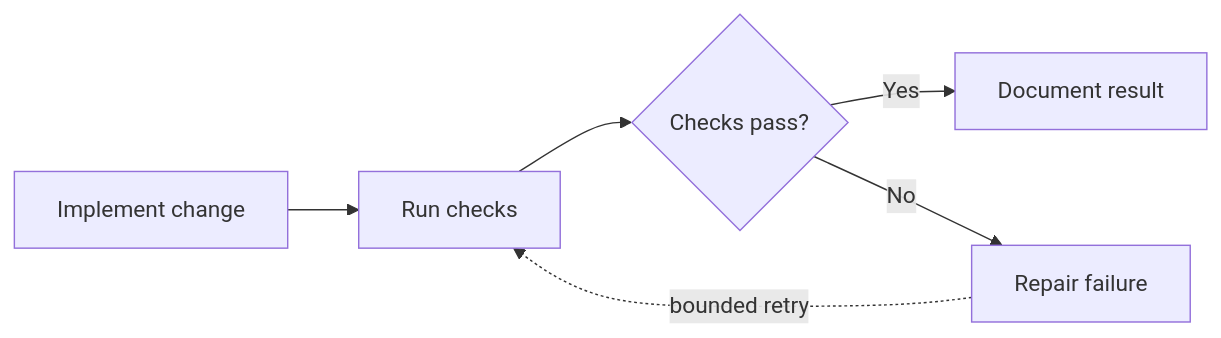
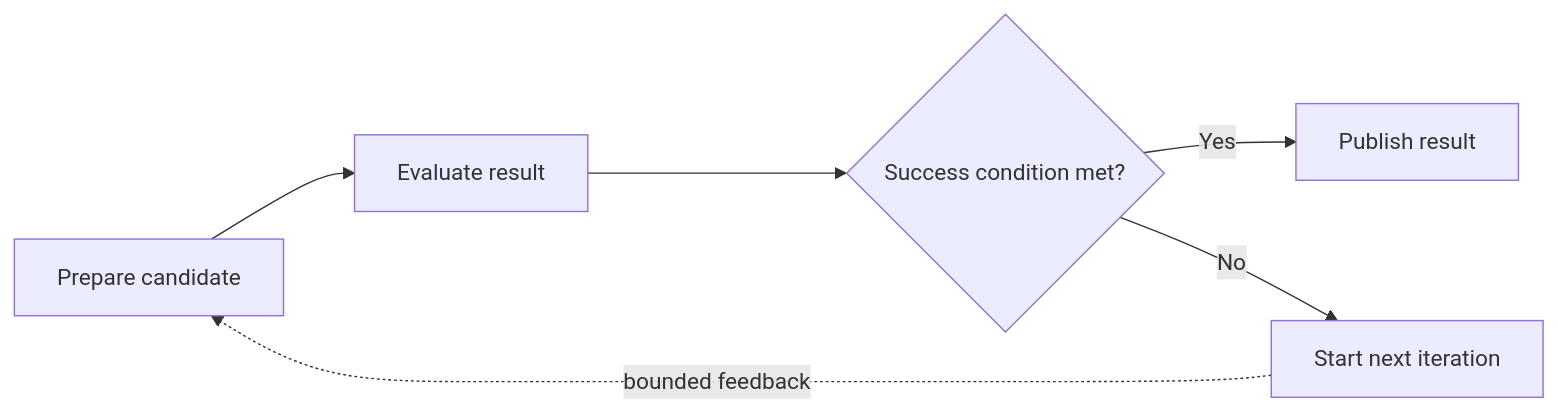
One commit to Hypabolic/Hypagraph changed the first of 2 diagrams in README.md. Above: the diagram before and after it, drawn with Mermaid. The commit also changed other lines of this file and 8 other files, not shown here.

````diff
--- a/README.md
+++ b/README.md
@@ -9,8 +9,8 @@
 ```mermaid
 flowchart LR
-    A[Implement change] --> B[Run checks]
-    B --> C{Checks pass?}
-    C -- Yes --> D[Document result]
-    C -- No --> E[Repair failure]
-    E -. bounded retry .-> B
+    A[Prepare candidate] --> B[Evaluate result]
+    B --> C{Success condition met?}
+    C -- Yes --> D[Publish result]
+    C -- No --> E[Start next iteration]
+    E -. bounded feedback .-> A
 ```
````
